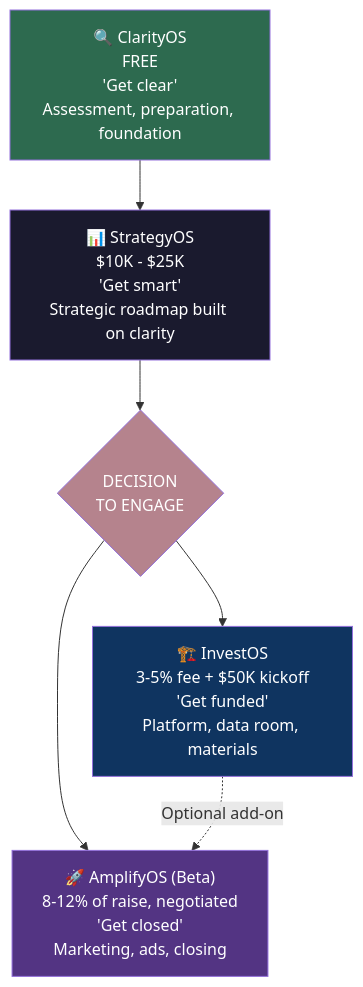
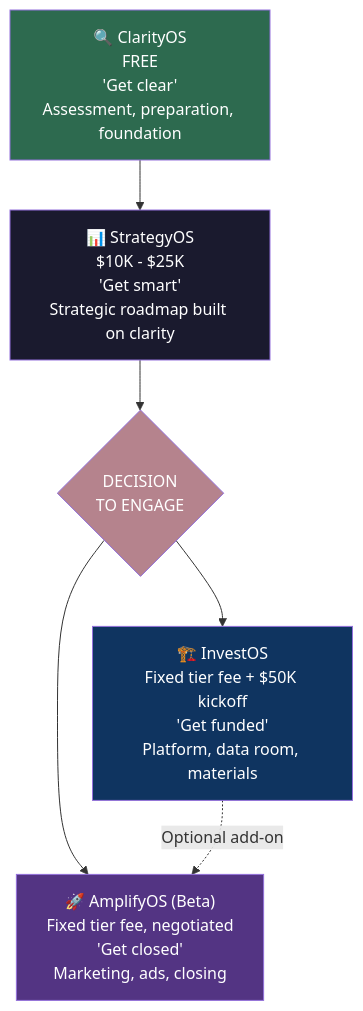
Before and after one commit to Light-Brands/qie: the second of 7 diagrams in docs/investos/investos-revenue-channels-playbook-2026-03-05.md, drawn with Mermaid. The commit also changed other lines of this file and 4 other files, not shown here.

````diff
--- a/docs/investos/investos-revenue-channels-playbook-2026-03-05.md
+++ b/docs/investos/investos-revenue-channels-playbook-2026-03-05.md
@@ -121,18 +121,18 @@
 ```mermaid
 graph TD
     C["🔍 ClarityOS<br/>FREE<br/>'Get clear'<br/>Assessment, preparation, foundation"]
     S["📊 StrategyOS<br/>$10K - $25K<br/>'Get smart'<br/>Strategic roadmap built on clarity"]
     D{"DECISION<br/>TO ENGAGE"}
-    I["🏗️ InvestOS<br/>3-5% fee + $50K kickoff<br/>'Get funded'<br/>Platform, data room, materials"]
-    A["🚀 AmplifyOS (Beta)<br/>8-12% of raise, negotiated<br/>'Get closed'<br/>Marketing, ads, closing"]
+    I["🏗️ InvestOS<br/>Fixed tier fee + $50K kickoff<br/>'Get funded'<br/>Platform, data room, materials"]
+    A["🚀 AmplifyOS (Beta)<br/>Fixed tier fee, negotiated<br/>'Get closed'<br/>Marketing, ads, closing"]
 
     C --> S --> D --> I
     D --> A
     I -.->|"Optional add-on"| A
 
     style C fill:#2d6a4f,color:#fff
     style S fill:#1a1a2e,color:#fff
     style D fill:#b5838d,color:#fff
     style I fill:#0f3460,color:#fff
     style A fill:#533483,color:#fff
 ```
````
